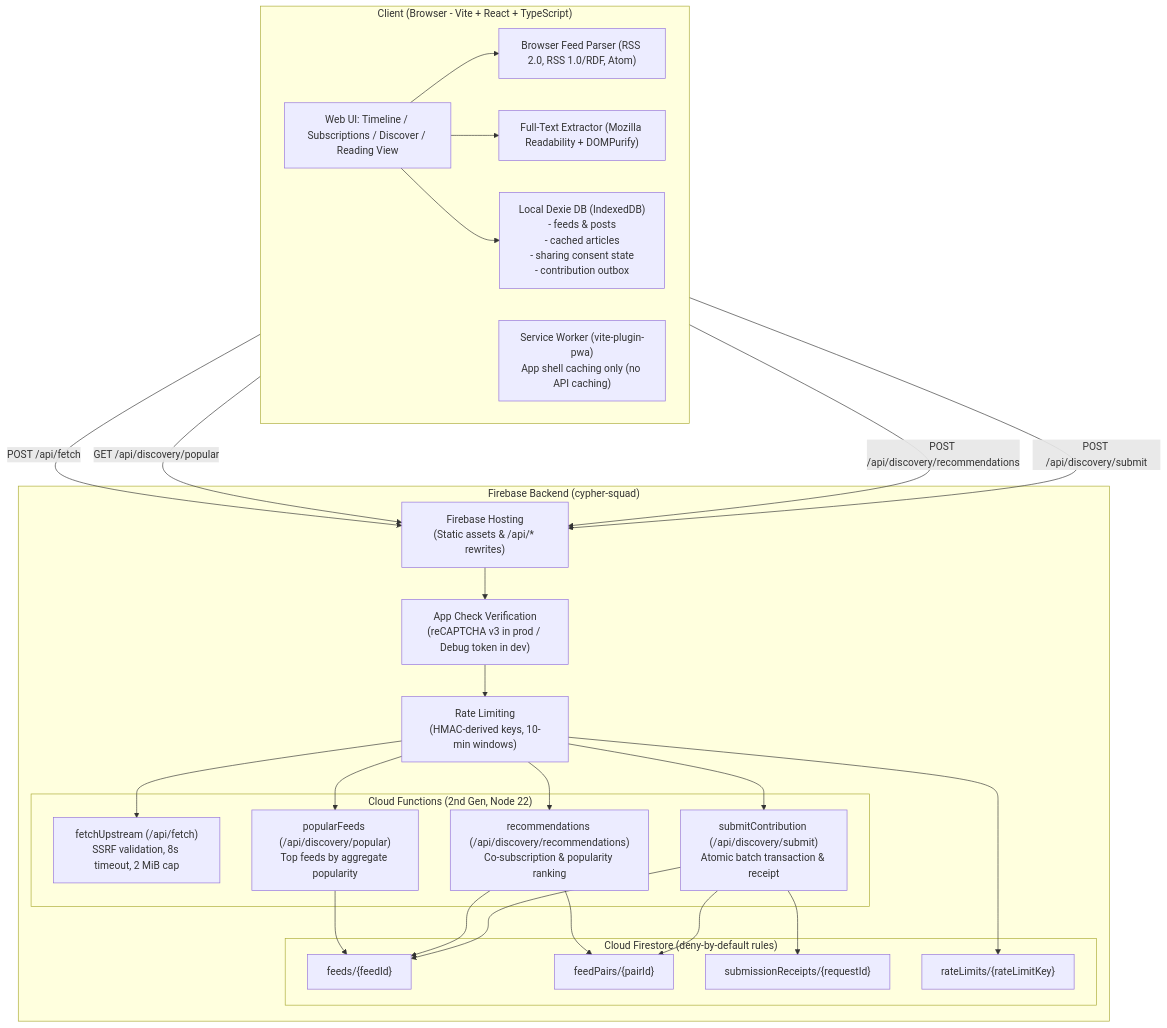
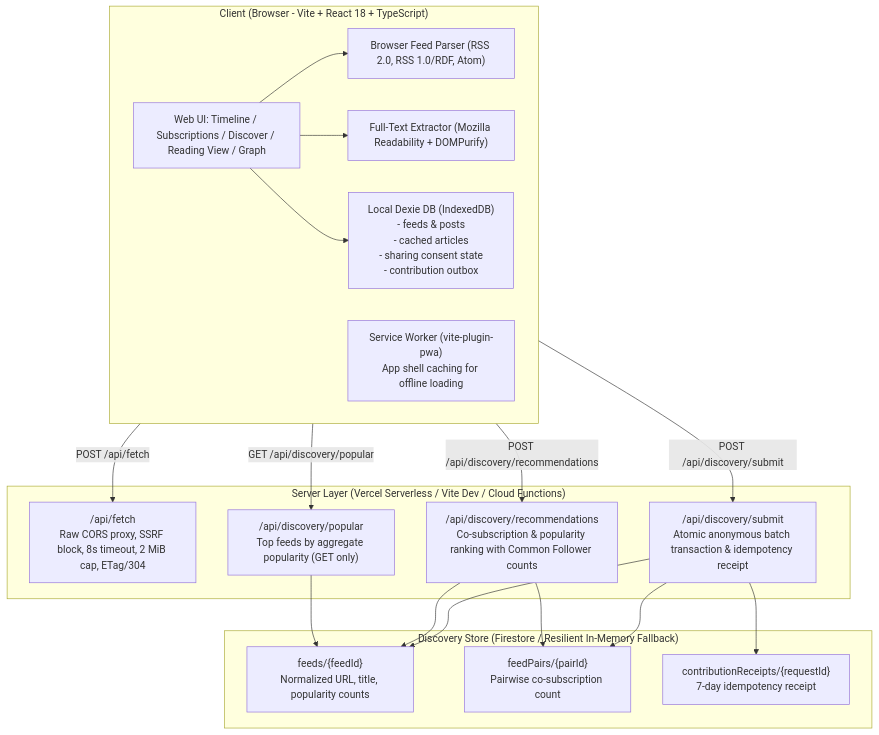
One commit to PECathon-2026/22-Cypher-Squad changed the diagram in README.md. Above: the diagram before and after it, drawn with Mermaid. The commit also changed other lines of this file and 22 other files, not shown here.

````diff
--- a/README.md
+++ b/README.md
@@ -9,53 +9,38 @@
 ```mermaid
 flowchart TD
-    subgraph Browser ["Client (Browser - Vite + React + TypeScript)"]
-        UI["Web UI: Timeline / Subscriptions / Discover / Reading View"]
+    subgraph Browser ["Client (Browser - Vite + React 18 + TypeScript)"]
+        UI["Web UI: Timeline / Subscriptions / Discover / Reading View / Graph"]
         Parser["Browser Feed Parser (RSS 2.0, RSS 1.0/RDF, Atom)"]
         Extractor["Full-Text Extractor (Mozilla Readability + DOMPurify)"]
         Dexie["Local Dexie DB (IndexedDB)\n- feeds & posts\n- cached articles\n- sharing consent state\n- contribution outbox"]
-        PWA["Service Worker (vite-plugin-pwa)\nApp shell caching only (no API caching)"]
+        PWA["Service Worker (vite-plugin-pwa)\nApp shell caching for offline loading"]
         UI --> Parser
         UI --> Extractor
         UI --> Dexie
     end
 
-    subgraph Firebase ["Firebase Backend (cypher-squad)"]
-        Hosting["Firebase Hosting\n(Static assets & /api/* rewrites)"]
-        AppCheck["App Check Verification\n(reCAPTCHA v3 in prod / Debug token in dev)"]
-        RateLimit["Rate Limiting\n(HMAC-derived keys, 10-min windows)"]
-        
-        subgraph Functions ["Cloud Functions (2nd Gen, Node 22)"]
-            F_Fetch["fetchUpstream (/api/fetch)\nSSRF validation, 8s timeout, 2 MiB cap"]
-            F_Pop["popularFeeds (/api/discovery/popular)\nTop feeds by aggregate popularity"]
-            F_Rec["recommendations (/api/discovery/recommendations)\nCo-subscription & popularity ranking"]
-            F_Sub["submitContribution (/api/discovery/submit)\nAtomic batch transaction & receipt"]
-        end
-
-        subgraph Firestore ["Cloud Firestore (deny-by-default rules)"]
-            ColFeeds["feeds/{feedId}"]
-            ColPairs["feedPairs/{pairId}"]
-            ColReceipts["submissionReceipts/{requestId}"]
-            ColRate["rateLimits/{rateLimitKey}"]
-        end
-
-        Hosting --> AppCheck
-        AppCheck --> RateLimit
-        RateLimit --> F_Fetch
-        RateLimit --> F_Pop
-        RateLimit --> F_Rec
-        RateLimit --> F_Sub
-
-        F_Pop --> ColFeeds
-        F_Rec --> ColFeeds
-        F_Rec --> ColPairs
-        F_Sub --> ColFeeds
-        F_Sub --> ColPairs
-        F_Sub --> ColReceipts
-        RateLimit --> ColRate
+    subgraph ServerRoutes ["Server Layer (Vercel Serverless / Vite Dev / Cloud Functions)"]
+        Proxy["/api/fetch\nRaw CORS proxy, SSRF block, 8s timeout, 2 MiB cap, ETag/304"]
+        Popular["/api/discovery/popular\nTop feeds by aggregate popularity (GET only)"]
+        Recs["/api/discovery/recommendations\nCo-subscription & popularity ranking with Common Follower counts"]
+        Submit["/api/discovery/submit\nAtomic anonymous batch transaction & idempotency receipt"]
     end
 
-    Browser -- "POST /api/fetch" --> Hosting
-    Browser -- "GET /api/discovery/popular" --> Hosting
-    Browser -- "POST /api/discovery/recommendations" --> Hosting
-    Browser -- "POST /api/discovery/submit" --> Hosting
+    subgraph Store ["Discovery Store (Firestore / Resilient In-Memory Fallback)"]
+        ColFeeds["feeds/{feedId}\nNormalized URL, title, popularity counts"]
+        ColPairs["feedPairs/{pairId}\nPairwise co-subscription count"]
+        ColReceipts["contributionReceipts/{requestId}\n7-day idempotency receipt"]
+    end
+
+    Browser -- "POST /api/fetch" --> Proxy
+    Browser -- "GET /api/discovery/popular" --> Popular
+    Browser -- "POST /api/discovery/recommendations" --> Recs
+    Browser -- "POST /api/discovery/submit" --> Submit
+
+    Popular --> ColFeeds
+    Recs --> ColFeeds
+    Recs --> ColPairs
+    Submit --> ColFeeds
+    Submit --> ColPairs
+    Submit --> ColReceipts
 ```
````
